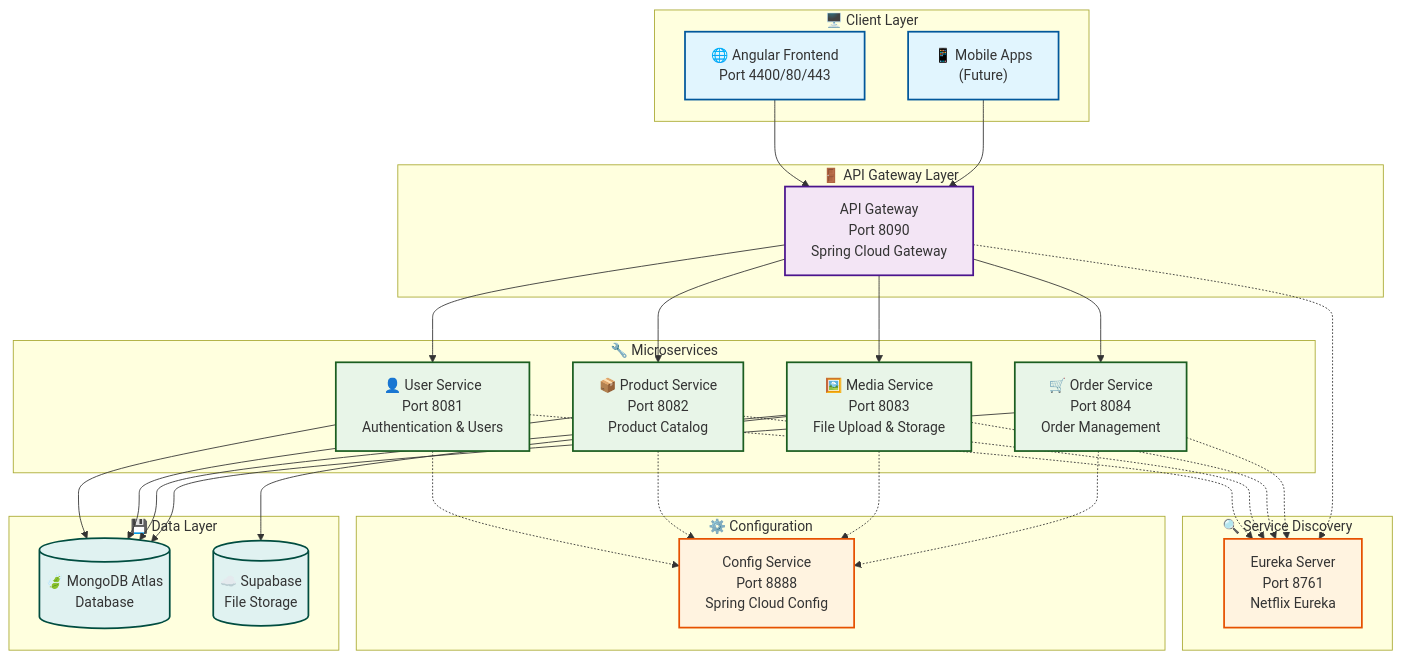
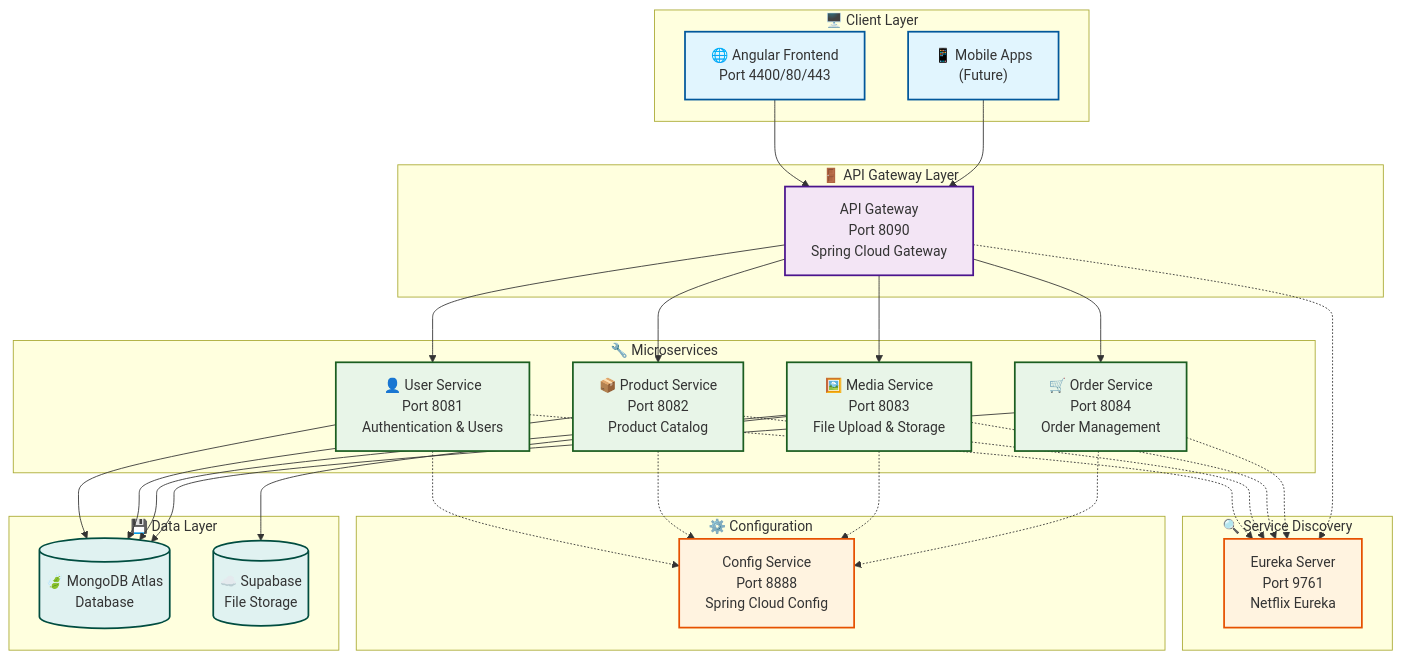
Before and after one commit to TanakAiko/mr-jenk: the diagram in README.md, drawn with Mermaid. The commit also changed other lines of this file and 10 other files, not shown here.

Commit message:
Update Eureka Dashboard port from 8761 to 9761 across multiple services and configurations

````diff
--- a/README.md
+++ b/README.md
@@ -27,67 +27,67 @@
 ```mermaid
 flowchart TB
     subgraph Client["🖥️ Client Layer"]
         WEB["🌐 Angular Frontend<br/>Port 4400/80/443"]
         MOBILE["📱 Mobile Apps<br/>(Future)"]
     end
     
     subgraph Gateway["🚪 API Gateway Layer"]
         APIGATE["API Gateway<br/>Port 8090<br/>Spring Cloud Gateway"]
     end
     
     subgraph Discovery["🔍 Service Discovery"]
-        EUREKA["Eureka Server<br/>Port 8761<br/>Netflix Eureka"]
+        EUREKA["Eureka Server<br/>Port 9761<br/>Netflix Eureka"]
     end
     
     subgraph Config["⚙️ Configuration"]
         CONFIGSVC["Config Service<br/>Port 8888<br/>Spring Cloud Config"]
     end
     
     subgraph Services["🔧 Microservices"]
         USER["👤 User Service<br/>Port 8081<br/>Authentication & Users"]
         PRODUCT["📦 Product Service<br/>Port 8082<br/>Product Catalog"]
         MEDIA["🖼️ Media Service<br/>Port 8083<br/>File Upload & Storage"]
         ORDER["🛒 Order Service<br/>Port 8084<br/>Order Management"]
     end
     
     subgraph Data["💾 Data Layer"]
         MONGO[("🍃 MongoDB Atlas<br/>Database")]
         SUPABASE[("☁️ Supabase<br/>File Storage")]
     end
     
     WEB --> APIGATE
     MOBILE --> APIGATE
     APIGATE --> USER
     APIGATE --> PRODUCT
     APIGATE --> MEDIA
     APIGATE --> ORDER
     
     USER -.-> EUREKA
     PRODUCT -.-> EUREKA
     MEDIA -.-> EUREKA
     ORDER -.-> EUREKA
     APIGATE -.-> EUREKA
     
     USER -.-> CONFIGSVC
     PRODUCT -.-> CONFIGSVC
     MEDIA -.-> CONFIGSVC
     ORDER -.-> CONFIGSVC
     
     USER --> MONGO
     PRODUCT --> MONGO
     MEDIA --> MONGO
     ORDER --> MONGO
     MEDIA --> SUPABASE
     
     classDef clientStyle fill:#e1f5fe,stroke:#01579b,stroke-width:2px
     classDef gatewayStyle fill:#f3e5f5,stroke:#4a148c,stroke-width:2px
     classDef serviceStyle fill:#e8f5e8,stroke:#1b5e20,stroke-width:2px
     classDef dataStyle fill:#e0f2f1,stroke:#004d40,stroke-width:2px
     classDef configStyle fill:#fff3e0,stroke:#e65100,stroke-width:2px
     
     class WEB,MOBILE clientStyle
     class APIGATE gatewayStyle
     class USER,PRODUCT,MEDIA,ORDER serviceStyle
     class MONGO,SUPABASE dataStyle
     class EUREKA,CONFIGSVC configStyle
 ```
````
